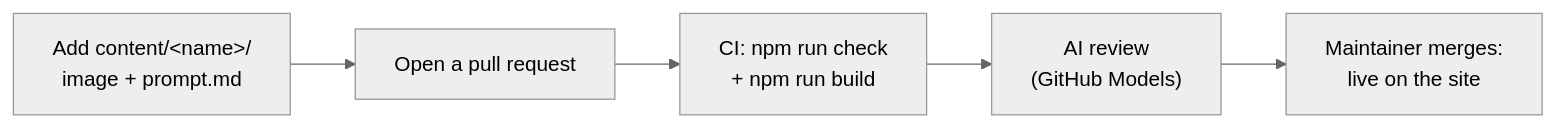
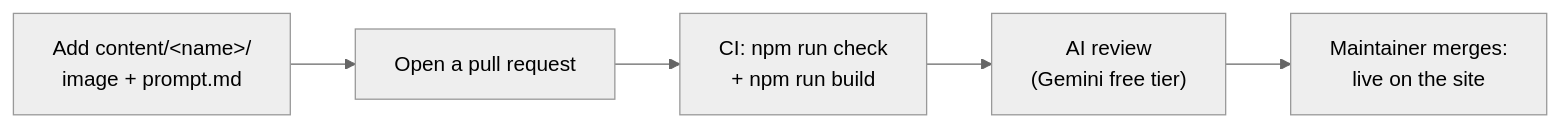
The diagram in README.md (Tizun71/Darkroom), drawn with Mermaid (neutral theme) before and after one commit. The commit also changed other lines of this file and 5 other files, not shown here.

First line of the commit message:
fix: moderate with the Gemini API free tier, GitHub Models is retired (#11)

````diff
--- a/README.md
+++ b/README.md
@@ -36,7 +36,7 @@
 ```mermaid
 flowchart LR
   A["Add content/&lt;name&gt;/<br/>image + prompt.md"] --> B["Open a pull request"]
   B --> C["CI: npm run check<br/>+ npm run build"]
-  C --> D["AI review<br/>(GitHub Models)"]
+  C --> D["AI review<br/>(Gemini free tier)"]
   D --> E["Maintainer merges:<br/>live on the site"]
 ```
````
